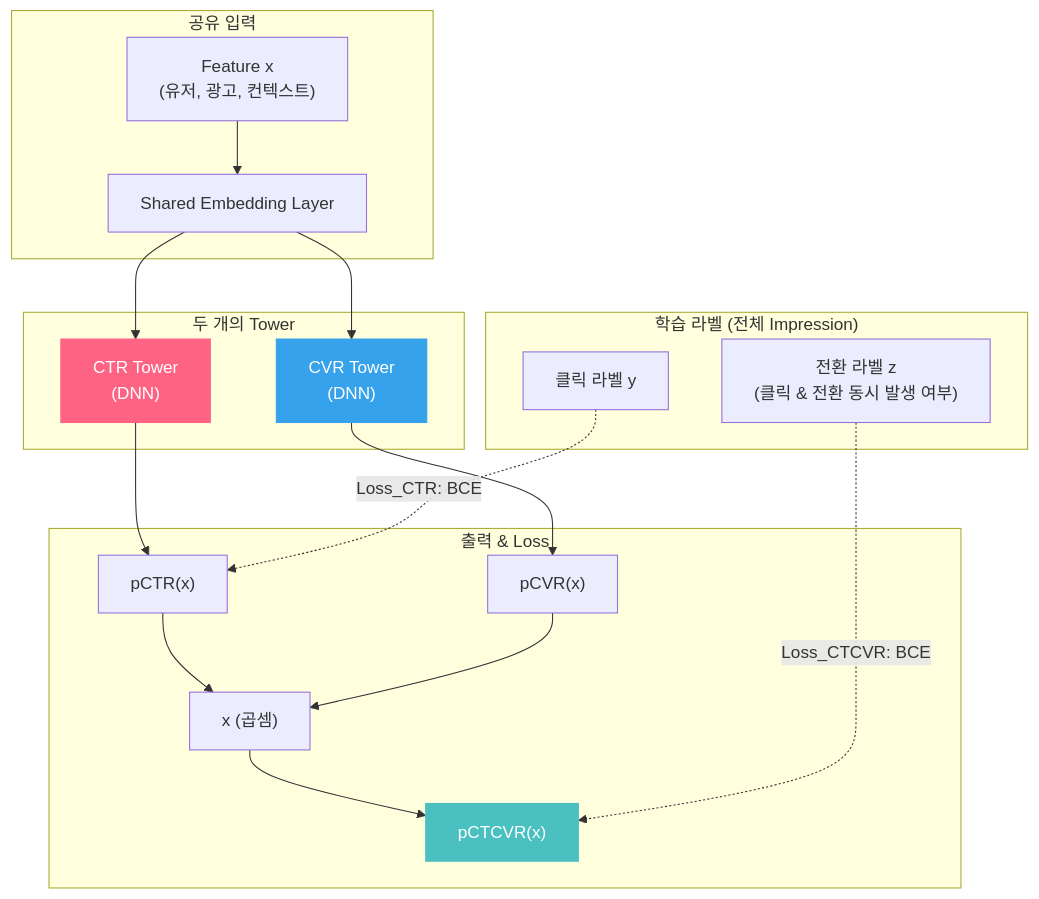
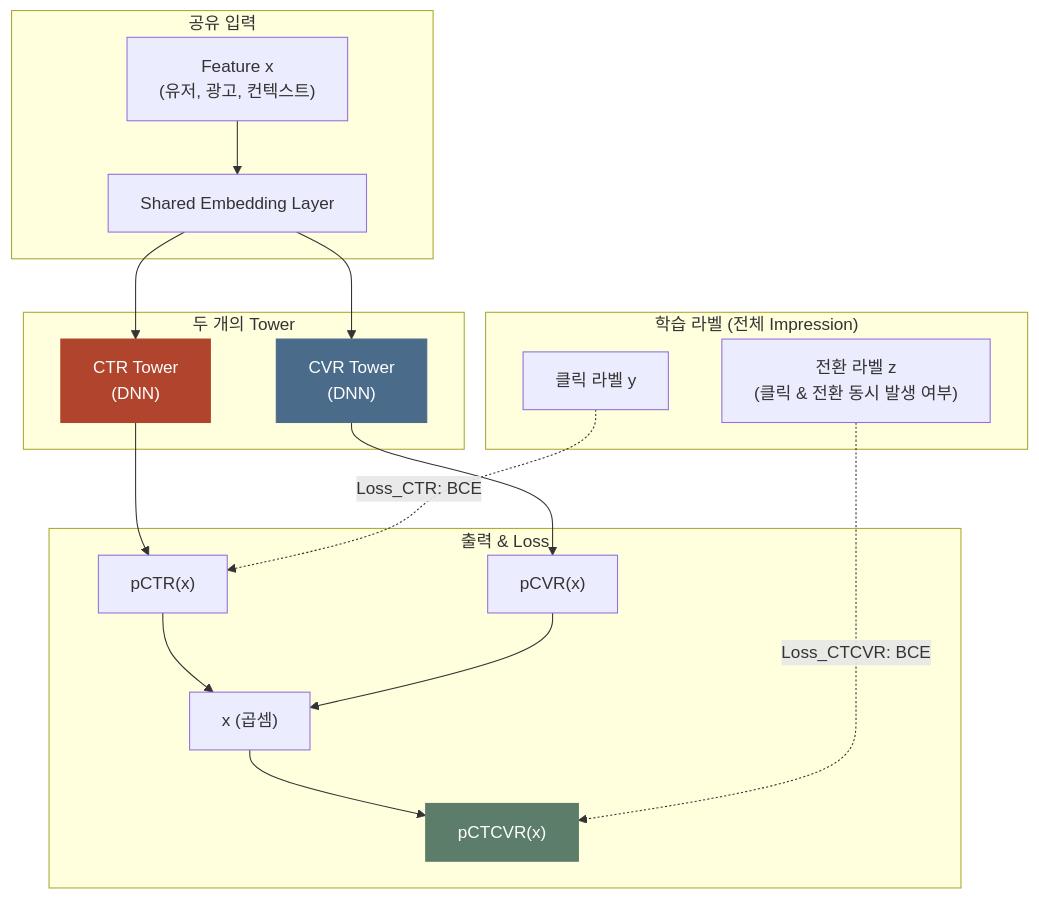
The second of 5 diagrams in posts/multi-task-learning.md (chkimsu/adtech-blog), drawn with Mermaid before and after one commit. The commit also changed other lines of this file and 40 other files, not shown here.

````diff
--- a/posts/multi-task-learning.md
+++ b/posts/multi-task-learning.md
@@ -99,40 +99,40 @@
 ```mermaid
 graph TD
     subgraph Input["공유 입력"]
         X["Feature x<br/>(유저, 광고, 컨텍스트)"]
         EMB["Shared Embedding Layer"]
     end
 
     subgraph Towers["두 개의 Tower"]
         CTR_T["CTR Tower<br/>(DNN)"]
         CVR_T["CVR Tower<br/>(DNN)"]
     end
 
     subgraph Output["출력 & Loss"]
         PCTR["pCTR(x)"]
         PCVR["pCVR(x)"]
         MULT["x (곱셈)"]
         CTCVR["pCTCVR(x)"]
     end
 
     subgraph Labels["학습 라벨 (전체 Impression)"]
         L1["클릭 라벨 y"]
         L2["전환 라벨 z<br/>(클릭 & 전환 동시 발생 여부)"]
     end
 
     X --> EMB
     EMB --> CTR_T
     EMB --> CVR_T
     CTR_T --> PCTR
     CVR_T --> PCVR
     PCTR --> MULT
     PCVR --> MULT
     MULT --> CTCVR
 
     L1 -.->|"Loss_CTR: BCE"| PCTR
     L2 -.->|"Loss_CTCVR: BCE"| CTCVR
 
-    style CTR_T fill:#ff6384,stroke:#ff6384,color:#fff
-    style CVR_T fill:#36a2eb,stroke:#36a2eb,color:#fff
-    style CTCVR fill:#4bc0c0,stroke:#4bc0c0,color:#fff
+    style CTR_T fill:#b0442c,stroke:#b0442c,color:#fff
+    style CVR_T fill:#4a6b8a,stroke:#4a6b8a,color:#fff
+    style CTCVR fill:#5b7d6a,stroke:#5b7d6a,color:#fff
 ```
````
